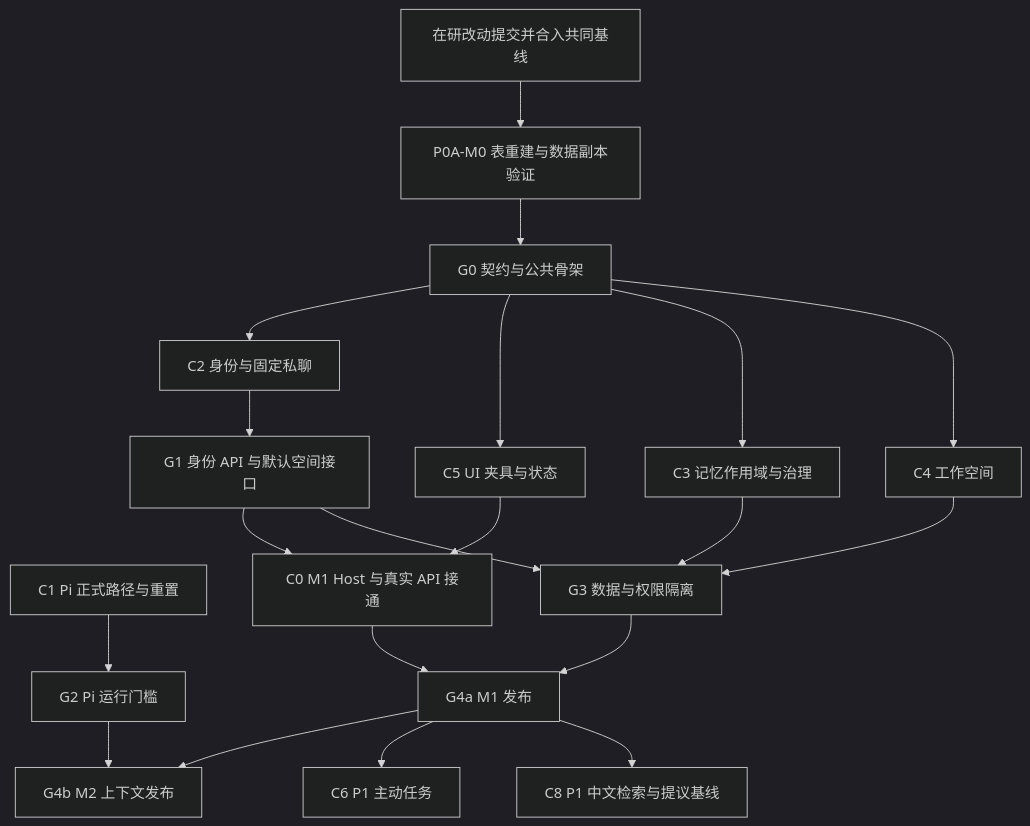
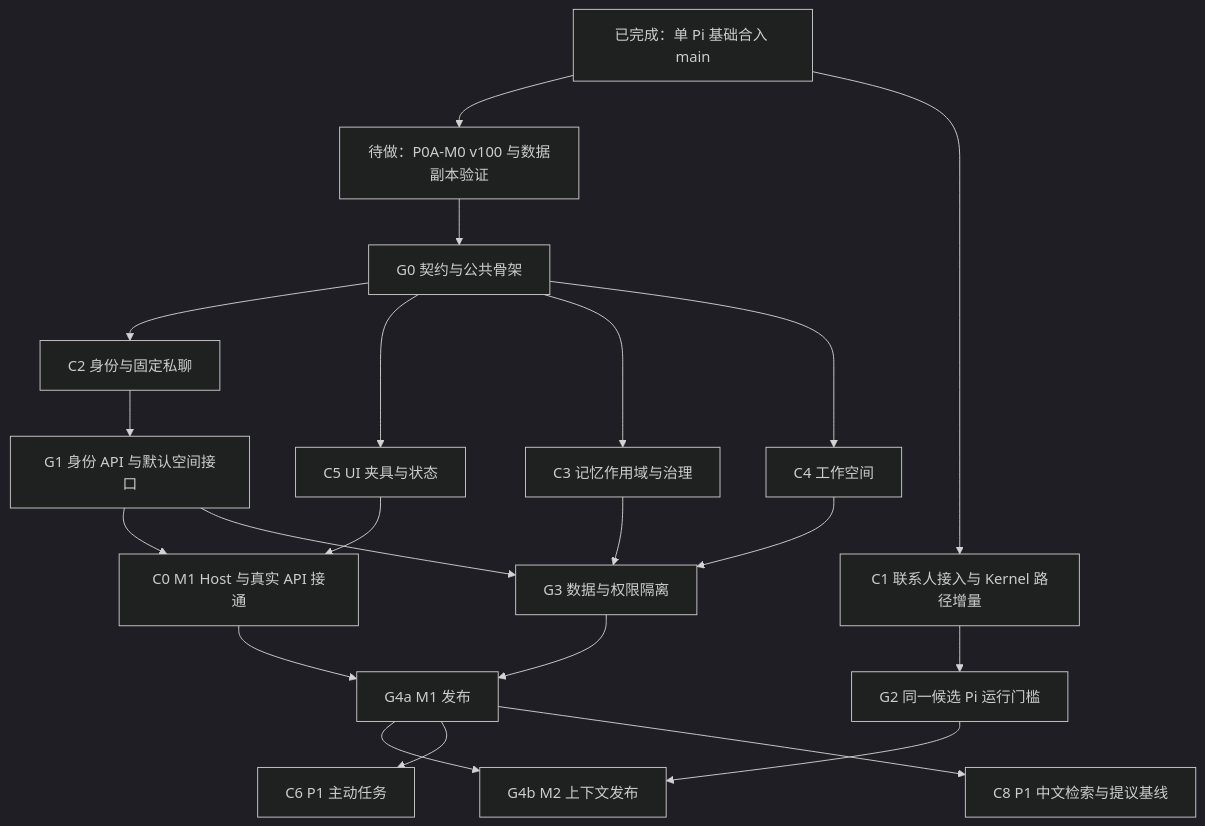
One commit to Hry1729/Fox-Agent changed the diagram in docs/05-开发指南/Fox联系人多Agent并行开发方案-20261028.md. Above: the diagram before and after it, drawn with Mermaid (dark theme). The commit also changed other lines of this file and 107 other files, not shown here.

````diff
--- a/docs/05-开发指南/Fox联系人多Agent并行开发方案-20261028.md
+++ b/docs/05-开发指南/Fox联系人多Agent并行开发方案-20261028.md
@@ -135,22 +217,23 @@
 ```mermaid
 flowchart TD
-    WIP[在研改动提交并合入共同基线] --> M0[P0A-M0 表重建与数据副本验证]
+    BASE[已完成：单 Pi 基础合入 main] --> M0[待做：P0A-M0 v100 与数据副本验证]
     M0 --> K[G0 契约与公共骨架]
     K --> ID[C2 身份与固定私聊]
     K --> UI[C5 UI 夹具与状态]
     K --> MEM[C3 记忆作用域与治理]
     K --> WS[C4 工作空间]
-    PI[C1 Pi 正式路径与重置] --> G2[G2 Pi 运行门槛]
+    BASE --> PI[C1 联系人接入与 Kernel 路径增量]
+    PI --> G2[G2 同一候选 Pi 运行门槛]
     ID --> G1[G1 身份 API 与默认空间接口]
     G1 --> JOIN[C0 M1 Host 与真实 API 接通]
     UI --> JOIN
     MEM --> ISO[G3 数据与权限隔离]
     WS --> ISO
     G1 --> ISO
     JOIN --> M1[G4a M1 发布]
     ISO --> M1
     M1 --> M2[G4b M2 上下文发布]
     G2 --> M2
     M1 --> TASK[C6 P1 主动任务]
     M1 --> EXT[C8 P1 中文检索与提议基线]
 ```
````
